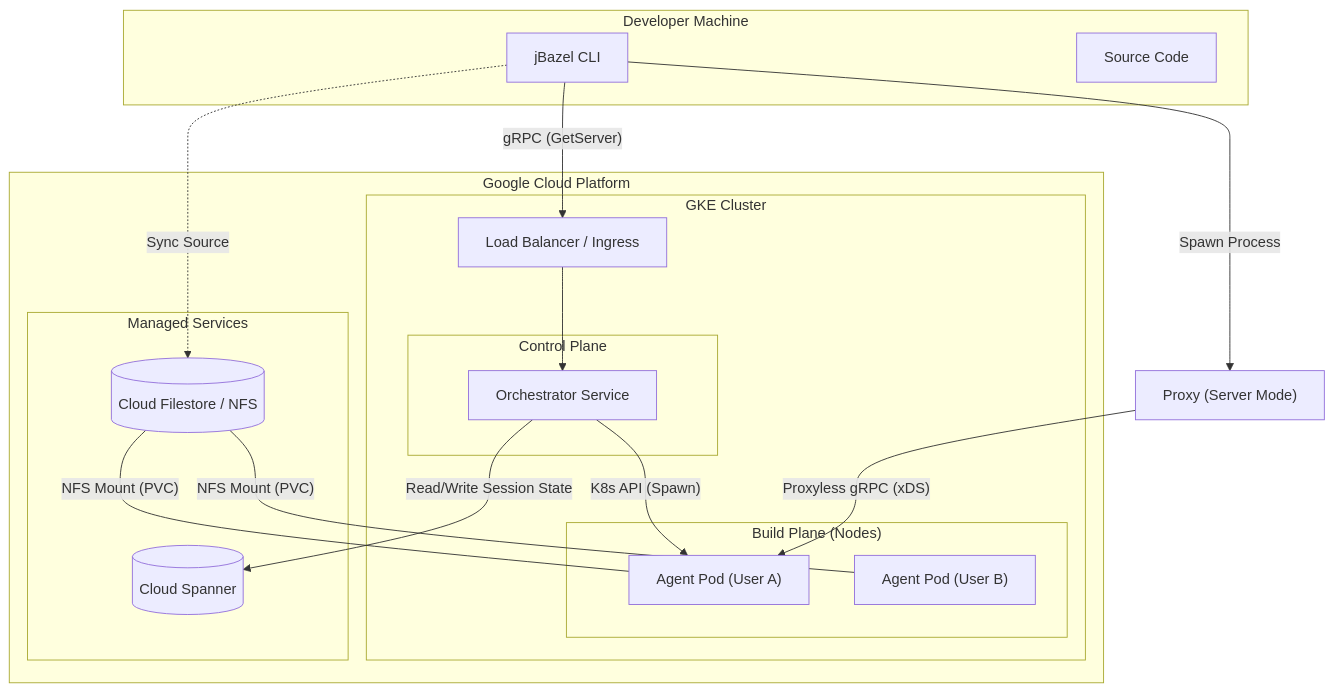
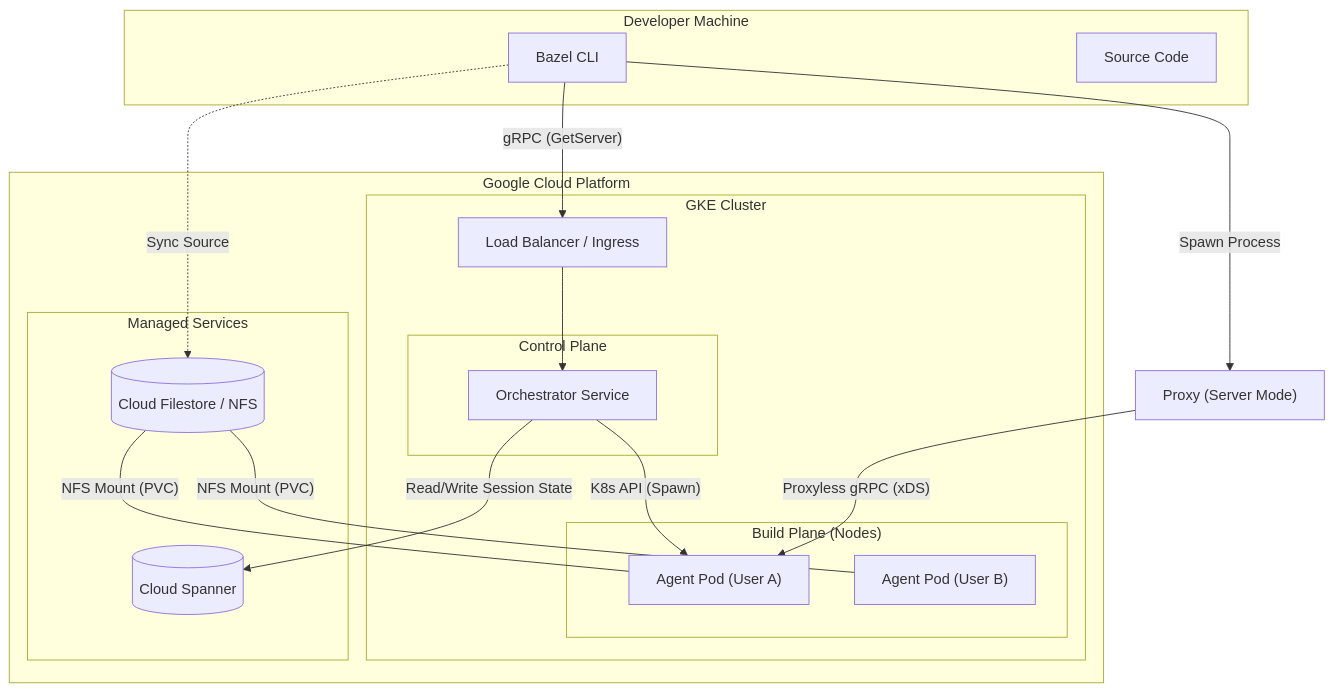
Before and after one commit to JonathanPerry651/remote-build-server: the diagram in docs/production_architecture.md, drawn with Mermaid. The commit also changed 18 other files, not shown here.

````diff
--- a/docs/production_architecture.md
+++ b/docs/production_architecture.md
@@ -9,44 +9,44 @@
 ```mermaid
 graph TD
     subgraph "Developer Machine"
-        Client[jBazel CLI]
+        Client[Bazel CLI]
         Source[Source Code]
     end
 
     subgraph "Google Cloud Platform"
         subgraph "GKE Cluster"
             Ingress[Load Balancer / Ingress]
             
             subgraph "Control Plane"
                 Orch[Orchestrator Service]
             end
             
             subgraph "Build Plane (Nodes)"
                 AgentPod1["Agent Pod (User A)"]
                 AgentPod2["Agent Pod (User B)"]
             end
         end
 
         subgraph "Managed Services"
             DB[(Cloud Spanner)]
             Filestore[(Cloud Filestore / NFS)]
         end
     end
 
     %% Control Flow
     Client -- "gRPC (GetServer)" --> Ingress
     Ingress --> Orch
     Orch -- Read/Write Session State --> DB
     Orch -- K8s API (Spawn) --> AgentPod1
     
     %% Storage Flow
     Filestore -- "NFS Mount (PVC)" --- AgentPod1
     Filestore -- "NFS Mount (PVC)" --- AgentPod2
     
     %% Execution Flow
     Client -- "Spawn Process" --> Proxy["Proxy (Server Mode)"]
     Proxy -- "Proxyless gRPC (xDS)" --> AgentPod1
     
     %% Data Sync Idea (Implied)
     Client -.->|Sync Source| Filestore
 ```
````
